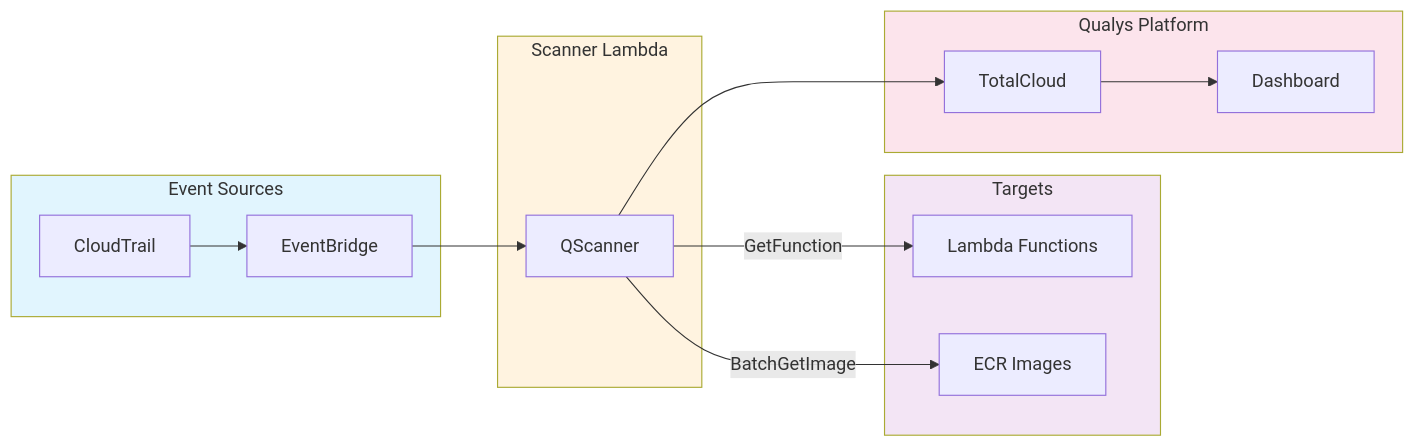
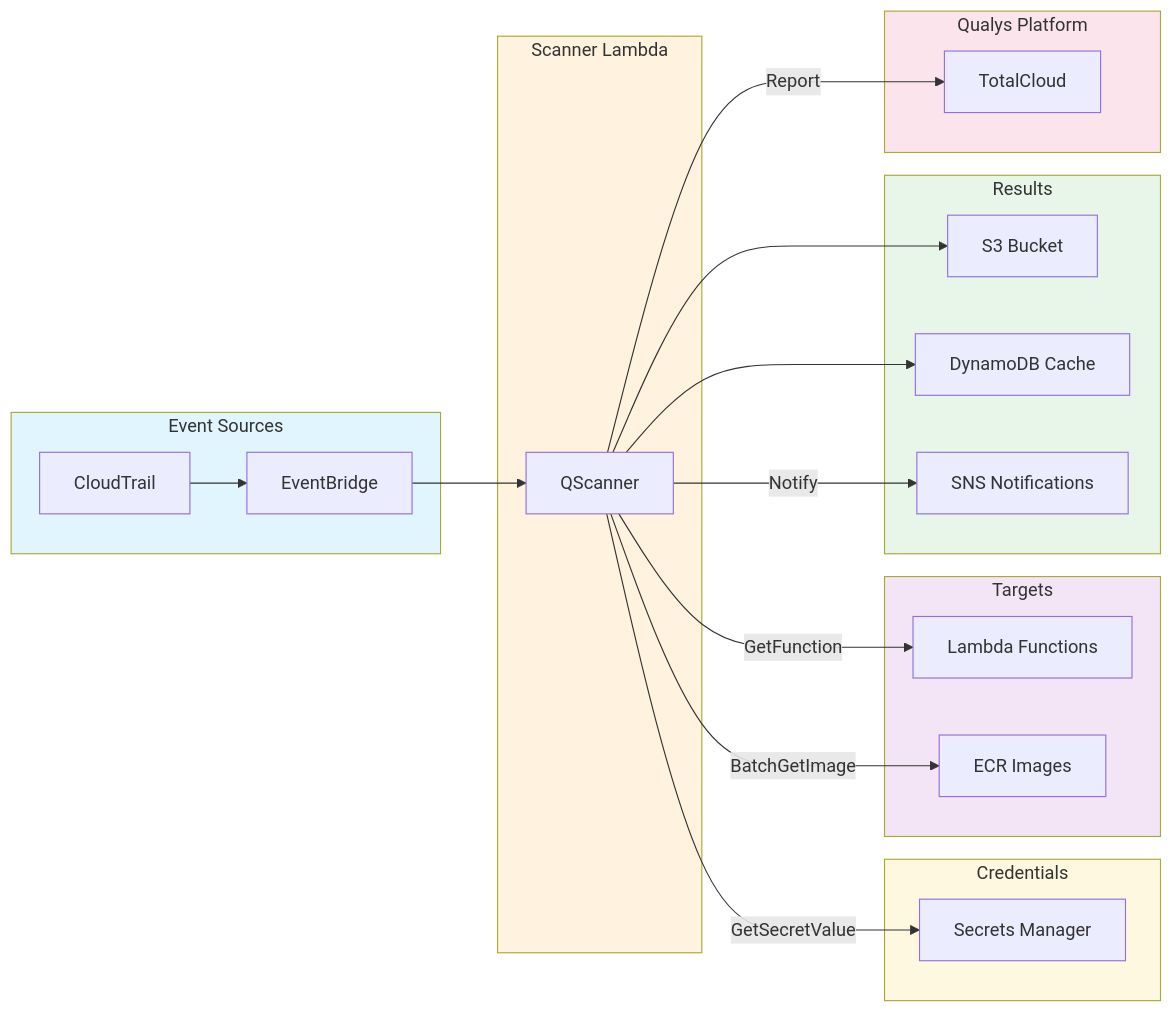
One commit to Qualys/qualys-totalcloud-lambda-scanner changed the first of 5 diagrams in docs/blog-technical-architecture.md. Above: the diagram before and after it, drawn with Mermaid. The commit also changed other lines of this file and 14 other files, not shown here.

````diff
--- a/docs/blog-technical-architecture.md
+++ b/docs/blog-technical-architecture.md
@@ -24,31 +24,45 @@
 ```mermaid
 flowchart LR
     subgraph triggers["Event Sources"]
         CT[CloudTrail]
         EB[EventBridge]
     end
 
     subgraph scanner["Scanner Lambda"]
         QS[QScanner]
     end
 
+    subgraph secrets["Credentials"]
+        SM[Secrets Manager]
+    end
+
     subgraph targets["Targets"]
         L1[Lambda Functions]
         ECR[ECR Images]
     end
 
+    subgraph storage["Results"]
+        S3[S3 Bucket]
+        DDB[DynamoDB Cache]
+        SNS[SNS Notifications]
+    end
+
     subgraph qualys["Qualys Platform"]
         TC[TotalCloud]
-        DASH[Dashboard]
     end
 
     CT --> EB --> QS
+    QS -->|GetSecretValue| SM
     QS -->|GetFunction| L1
     QS -->|BatchGetImage| ECR
-    QS --> TC --> DASH
+    QS --> S3 & DDB
+    QS -->|Notify| SNS
+    QS -->|Report| TC
 
     style triggers fill:#e1f5fe
     style scanner fill:#fff3e0
+    style secrets fill:#fff8e1
     style targets fill:#f3e5f5
+    style storage fill:#e8f5e9
     style qualys fill:#fce4ec
 ```
````
